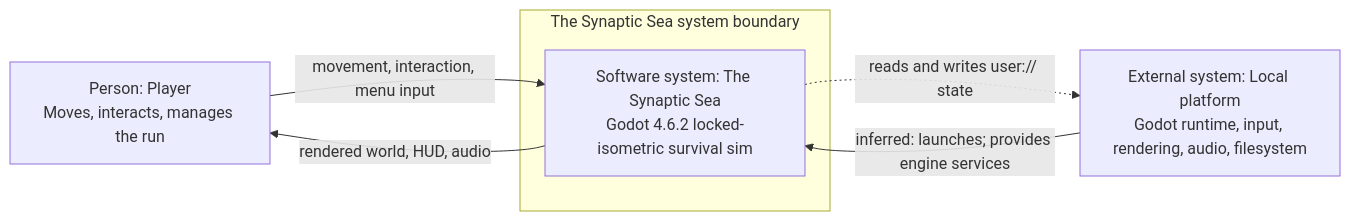
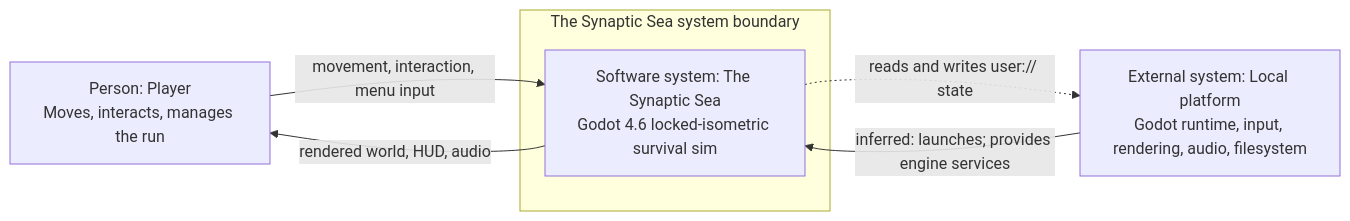
The diagram in docs/game/architecture/01-c4-system-context.md (9thLevelSoftware/the-synaptic-sea), drawn with Mermaid before and after one commit. The commit also changed other lines of this file and 2 other files, not shown here.

Commit message:
fix: refresh architecture overview evidence

````diff
--- a/docs/game/architecture/01-c4-system-context.md
+++ b/docs/game/architecture/01-c4-system-context.md
@@ -15,16 +15,16 @@
 ```mermaid
 flowchart LR
   Player["Person: Player<br/>Moves, interacts, manages the run"]
   Platform["External system: Local platform<br/>Godot runtime, input, rendering, audio, filesystem"]
   subgraph Boundary["The Synaptic Sea system boundary"]
-    Game["Software system: The Synaptic Sea<br/>Godot 4.6.2 locked-isometric survival sim"]
+    Game["Software system: The Synaptic Sea<br/>Godot 4.6 locked-isometric survival sim"]
   end
 
   Player input@-->|"movement, interaction, menu input"| Game
   Game feedback@-->|"rendered world, HUD, audio"| Player
   Platform runtime@-->|"inferred: launches; provides engine services"| Game
   Game persistence@-->|"reads and writes user:// state"| Platform
 
   classDef dataEdge stroke-dasharray:2\,3;
   class persistence dataEdge;
 ```
````
